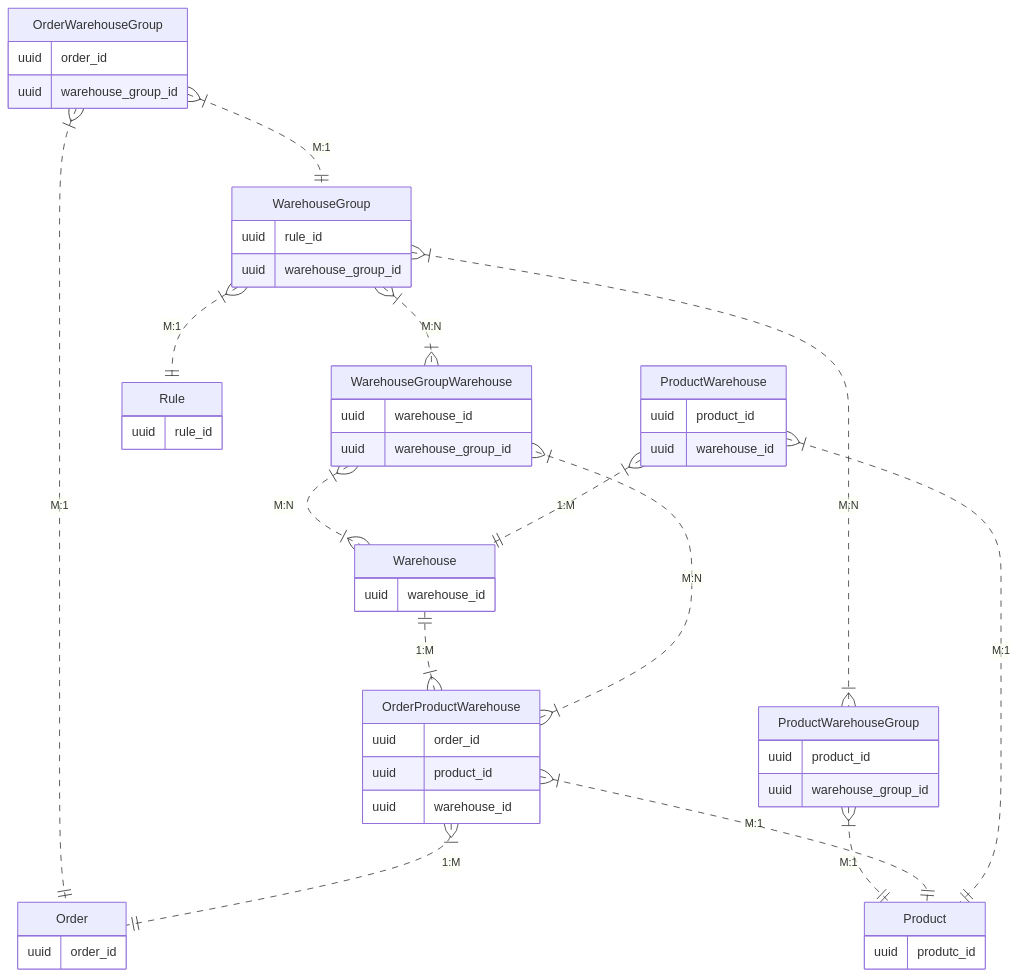
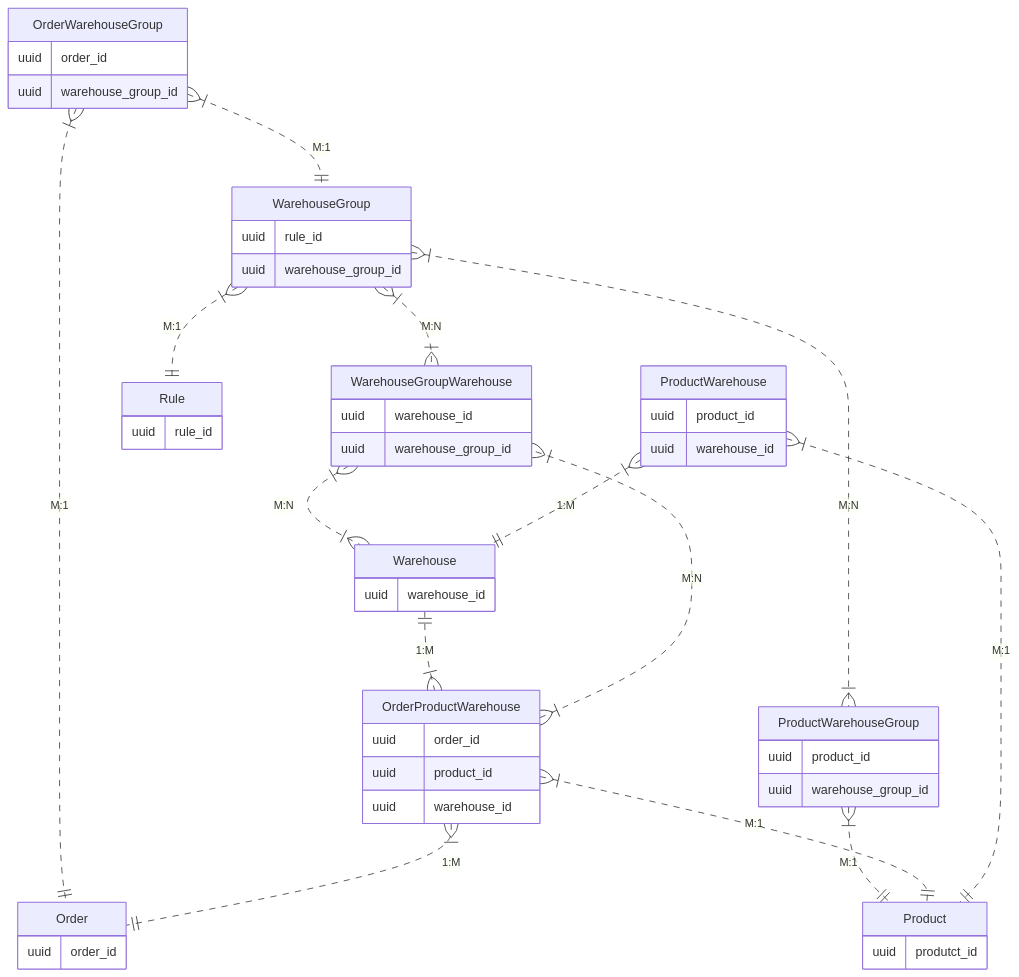
One commit to shopware/docs changed the diagram in guides/plugins/plugins/api/multi-inventory.md. Above: the diagram before and after it, drawn with Mermaid. The commit also changed 5 other files, not shown here.

Commit message:
Update diagrams and description

````diff
--- a/guides/plugins/plugins/api/multi-inventory.md
+++ b/guides/plugins/plugins/api/multi-inventory.md
@@ -37,53 +37,53 @@
 ```mermaid
 erDiagram
     OrderWarehouseGroup }|..|| Order : "M:1"
     OrderWarehouseGroup {
         uuid order_id
         uuid warehouse_group_id
     }
     OrderWarehouseGroup }|..|| WarehouseGroup : "M:1"
     OrderProductWarehouse }|..|| Order : "1:M"
     OrderProductWarehouse{
         uuid order_id
         uuid product_id
         uuid warehouse_id
     }
     Order {
         uuid order_id
     }
     OrderProductWarehouse }|..|{ WarehouseGroupWarehouse : "M:N"
     Warehouse {
         uuid warehouse_id
     }
     WarehouseGroup }|..|| Rule : "M:1"
     Rule{
         uuid rule_id
     }
     WarehouseGroup {
         uuid rule_id
         uuid warehouse_group_id
     }
     WarehouseGroup }|..|{ ProductWarehouseGroup : "M:N"
     ProductWarehouseGroup {
         uuid product_id
         uuid warehouse_group_id
     }
     WarehouseGroup }|..|{ WarehouseGroupWarehouse : "M:N"
     WarehouseGroupWarehouse {
         uuid warehouse_id
         uuid warehouse_group_id
     }
     ProductWarehouseGroup }|..|| Product : "M:1"
     OrderProductWarehouse }|..|| Product : "M:1"
     Product {
-        uuid produtc_id
+        uuid produtct_id
     }
     ProductWarehouse }|..|| Product : "M:1"
     WarehouseGroupWarehouse }|..|{ Warehouse : "M:N"
     ProductWarehouse }|..|| Warehouse : "1:M"
     ProductWarehouse {
         uuid product_id
         uuid warehouse_id
     }
     Warehouse ||..|{ OrderProductWarehouse : "1:M"
 ```
````
